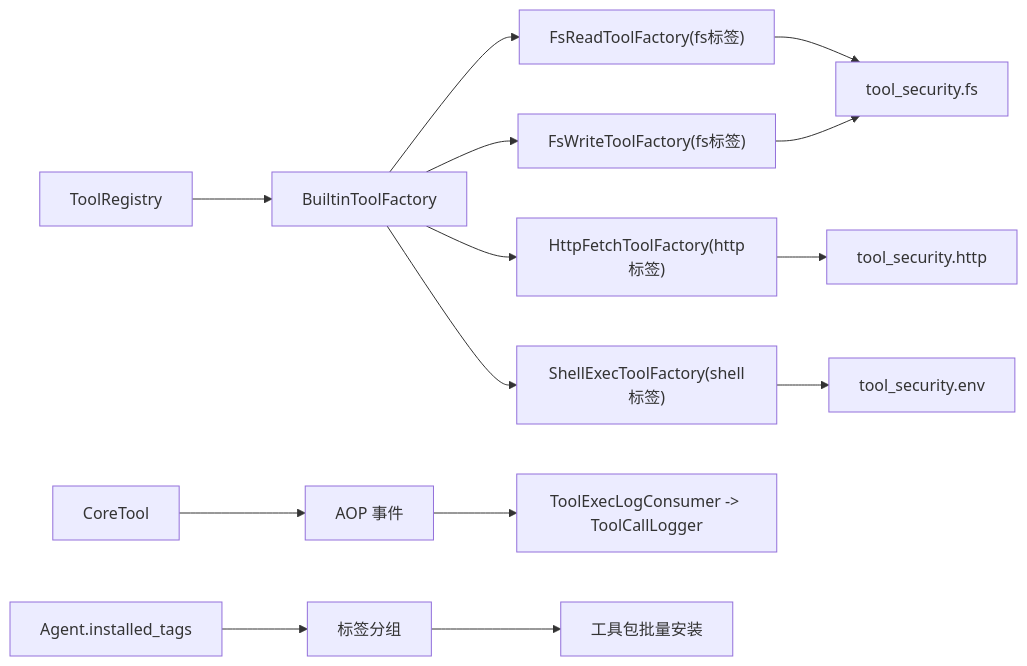
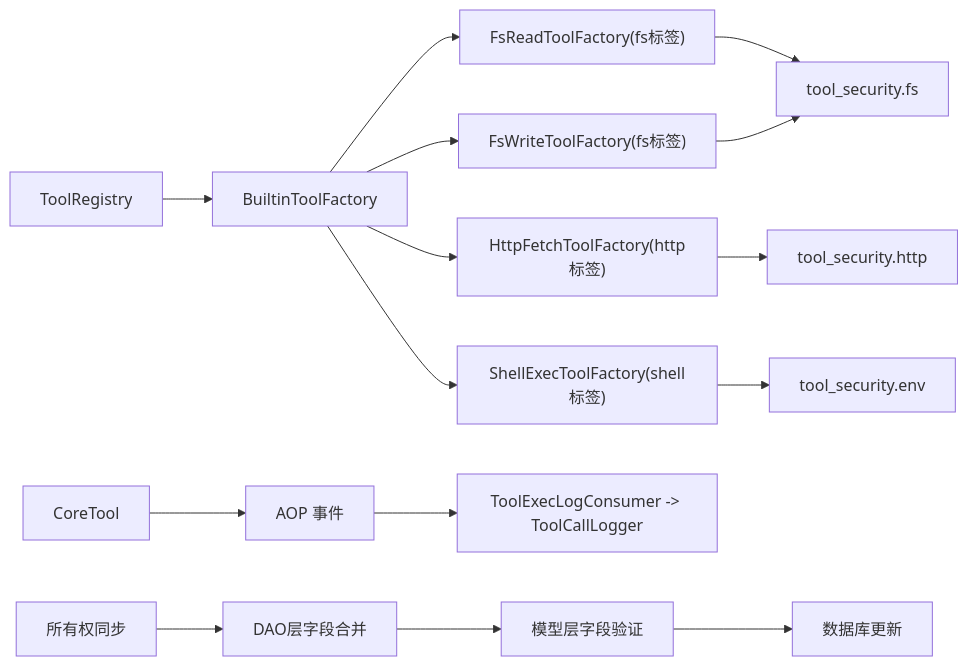
The sixth of 6 diagrams in .qoder/repowiki/zh/content/核心模块/工具注册表/内置工具系统.md (runningcoders/ai_orz), drawn with Mermaid before and after one commit. The commit also changed other lines of this file and 142 other files, not shown here.

````diff
--- a/.qoder/repowiki/zh/content/核心模块/工具注册表/内置工具系统.md
+++ b/.qoder/repowiki/zh/content/核心模块/工具注册表/内置工具系统.md
@@ -386,16 +383,17 @@
 ```mermaid
 graph LR
 TR["ToolRegistry"] --> BF["BuiltinToolFactory"]
 BF --> FR["FsReadToolFactory(fs标签)"]
 BF --> FW["FsWriteToolFactory(fs标签)"]
 BF --> HF["HttpFetchToolFactory(http标签)"]
 BF --> SE["ShellExecToolFactory(shell标签)"]
 FR --> SEC["tool_security.fs"]
 FW --> SEC
 HF --> SEC_NET["tool_security.http"]
 SE --> SEC_ENV["tool_security.env"]
 CORE["CoreTool"] --> AOP["AOP 事件"]
 AOP --> LOG["ToolExecLogConsumer -> ToolCallLogger"]
-AG["Agent.installed_tags"] --> TAGS["标签分组"]
-TAGS --> TOOLS["工具包批量安装"]
+SYNC["所有权同步"] --> DAO["DAO层字段合并"]
+DAO --> MODEL["模型层字段验证"]
+MODEL --> DB["数据库更新"]
 ```
````
